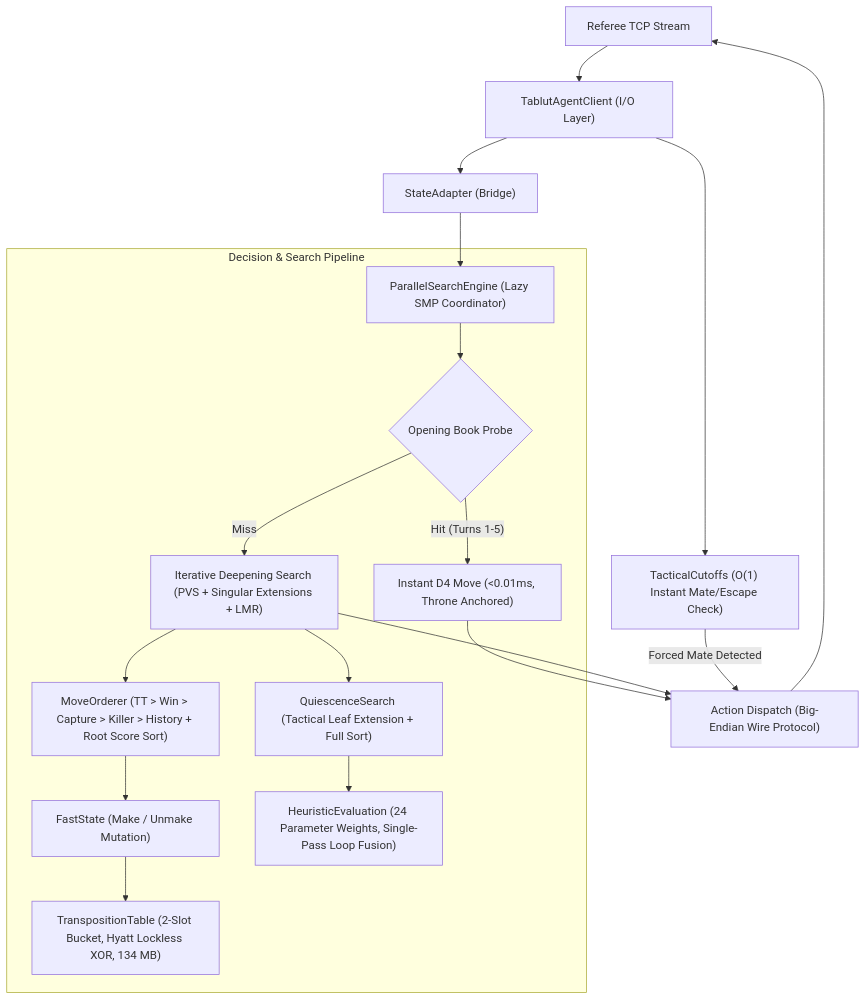
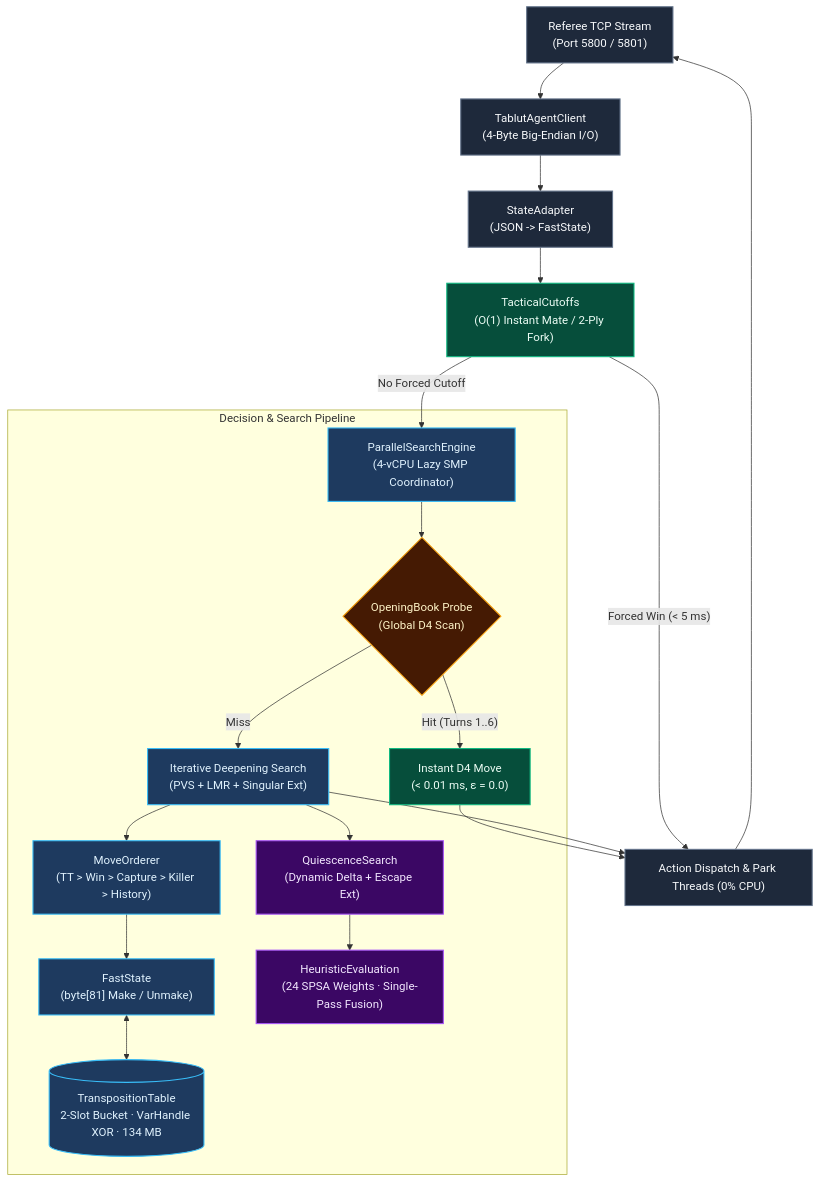
One commit to MercuryDCD/Tablut-FundamentalsAIMASTER changed the diagram in docs/wiki/Home.md. Above: the diagram before and after it, drawn with Mermaid. The commit also changed other lines of this file and 14 other files, not shown here.

Commit message:
docs: upgrade README and wiki with vector SVG diagrams and styled Mermaid charts

````diff
--- a/docs/wiki/Home.md
+++ b/docs/wiki/Home.md
@@ -80,23 +68,29 @@
 ```mermaid
 flowchart TD
-    A["Referee TCP Stream"] --> B["TablutAgentClient (I/O Layer)"]
-    B --> C["StateAdapter (Bridge)"]
-    B --> TC["TacticalCutoffs (O(1) Instant Mate/Escape Check)"]
-    C --> D["ParallelSearchEngine (Lazy SMP Coordinator)"]
-    
-    subgraph "Decision & Search Pipeline"
-        D --> E{"Opening Book Probe"}
-        E -- "Hit (Turns 1-5)" --> F["Instant D4 Move (<0.01ms, Throne Anchored)"]
-        E -- "Miss" --> G["Iterative Deepening Search (PVS + Singular Extensions + LMR)"]
-        G --> H["MoveOrderer (TT > Win > Capture > Killer > History + Root Score Sort)"]
-        H --> I["FastState (Make / Unmake Mutation)"]
-        I --> J["TranspositionTable (2-Slot Bucket, Hyatt Lockless XOR, 134 MB)"]
-        G --> K["QuiescenceSearch (Tactical Leaf Extension + Full Sort)"]
-        K --> L["HeuristicEvaluation (24 Parameter Weights, Single-Pass Loop Fusion)"]
+    classDef io fill:#1e293b,stroke:#64748b,color:#f8fafc,stroke-width:1.5px
+    classDef fast fill:#064e3b,stroke:#10b981,color:#ecfdf5,stroke-width:1.5px
+    classDef search fill:#1e3a5f,stroke:#38bdf8,color:#e0f2fe,stroke-width:1.5px
+    classDef eval fill:#3b0764,stroke:#a855f7,color:#f3e8ff,stroke-width:1.5px
+    classDef decision fill:#451a03,stroke:#f59e0b,color:#fef3c7,stroke-width:1.5px
+
+    A["Referee TCP Stream<br/>(Port 5800 / 5801)"]:::io --> B["TablutAgentClient<br/>(4-Byte Big-Endian I/O)"]:::io
+    B --> C["StateAdapter<br/>(JSON -> FastState)"]:::io
+    C --> TC["TacticalCutoffs<br/>(O(1) Instant Mate / 2-Ply Fork)"]:::fast
+    TC -- "No Forced Cutoff" --> D["ParallelSearchEngine<br/>(4-vCPU Lazy SMP Coordinator)"]:::search
+
+    subgraph Pipeline["Decision & Search Pipeline"]
+        D --> E{"OpeningBook Probe<br/>(Global D4 Scan)"}:::decision
+        E -- "Hit (Turns 1..6)" --> F["Instant D4 Move<br/>(< 0.01 ms, ε = 0.0)"]:::fast
+        E -- "Miss" --> G["Iterative Deepening Search<br/>(PVS + LMR + Singular Ext)"]:::search
+        G --> H["MoveOrderer<br/>(TT > Win > Capture > Killer > History)"]:::search
+        H --> I["FastState<br/>(byte[81] Make / Unmake)"]:::search
+        I <--> J[("TranspositionTable<br/>2-Slot Bucket · VarHandle XOR · 134 MB")]:::search
+        G --> K["QuiescenceSearch<br/>(Dynamic Delta + Escape Ext)"]:::eval
+        K --> L["HeuristicEvaluation<br/>(24 SPSA Weights · Single-Pass Fusion)"]:::eval
     end
-    
-    TC -- "Forced Mate Detected" --> M["Action Dispatch (Big-Endian Wire Protocol)"]
+
+    TC -- "Forced Win (< 5 ms)" --> M["Action Dispatch &amp; Park Threads (0% CPU)"]:::io
     F --> M
     G --> M
     M --> A
 ```
````
